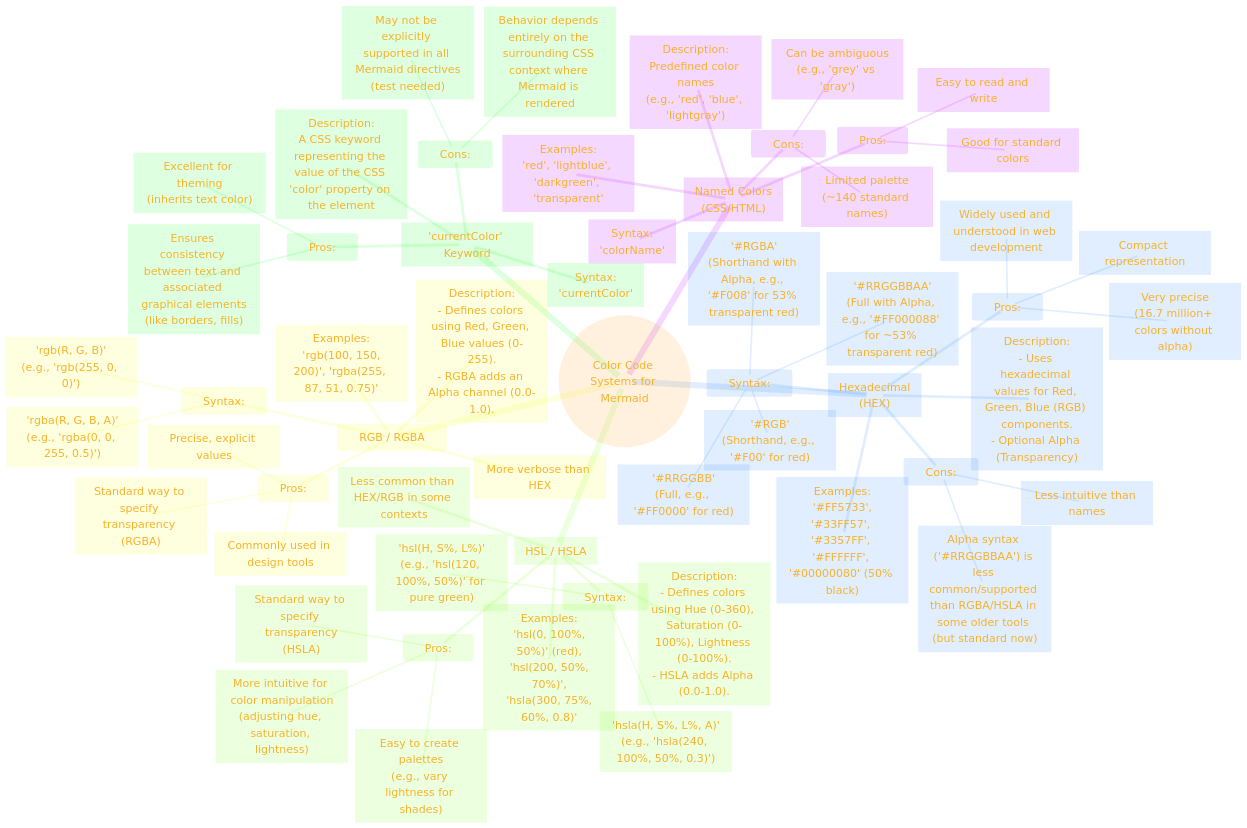
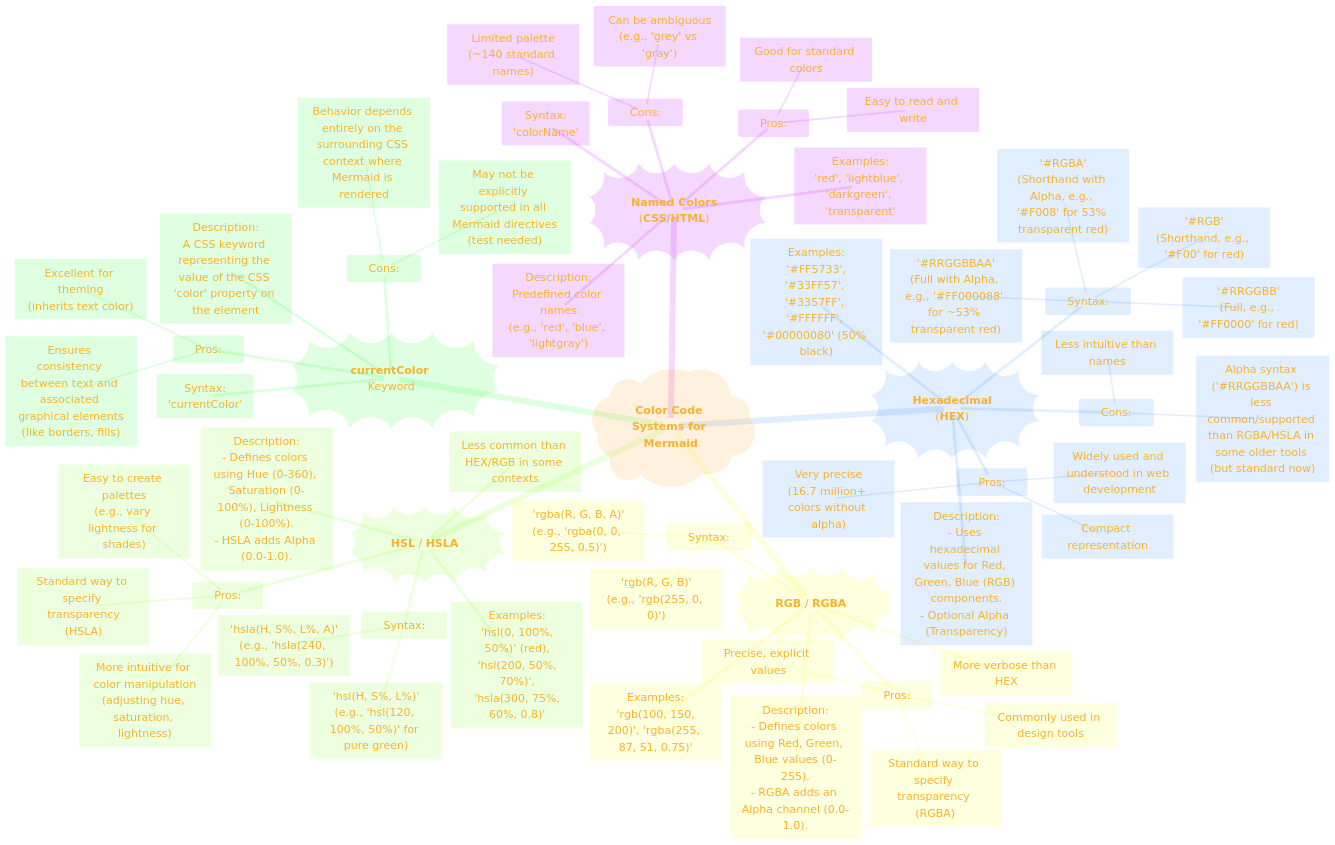
One commit to CongLeSolutionX/ArchExplorer changed the first of 4 diagrams in MERMAID_JS/Color_Code_System_Guide/Color_Code_System_Guide.md. Above: the diagram before and after it, drawn with Mermaid.

```diff
--- a/MERMAID_JS/Color_Code_System_Guide/Color_Code_System_Guide.md
+++ b/MERMAID_JS/Color_Code_System_Guide/Color_Code_System_Guide.md
@@ -69,8 +69,8 @@
   }
 }%%
 mindmap
-  root((Color Code Systems for Mermaid))
-    Named_Colors["Named Colors<br>(CSS/HTML)"]
+  root)"**Color Code Systems for Mermaid**"(
+    Named_Colors))"**Named Colors**<br>(**CSS/HTML**)"((
       ::icon(fa fa-palette)
       Description["Description:<br>Predefined color names<br>(e.g., 'red', 'blue', 'lightgray')"]
       Syntax["Syntax:<br>'colorName'"]
@@ -81,7 +81,7 @@
         Cons_1["Limited palette<br>(~140 standard names)"]
         Cons_2["Can be ambiguous<br>(e.g., 'grey' vs 'gray')"]
       Examples["Examples:<br>'red', 'lightblue', 'darkgreen', 'transparent'"]
-    Hexadecimal["Hexadecimal<br>(HEX)"]
+    Hexadecimal))"**Hexadecimal**<br>(**HEX**)"((
       ::icon(fa fa-hashtag)
       Description["Description:<br>- Uses hexadecimal values for Red, Green, Blue (RGB) components.<br>- Optional Alpha (Transparency)"]
       Syntax:
@@ -97,7 +97,7 @@
         Cons_1["Less intuitive than names"]
         Cons_2["Alpha syntax ('#RRGGBBAA') is less common/supported than RGBA/HSLA in some older tools (but standard now)"]
       Examples["Examples:<br> '#FF5733', '#33FF57', '#3357FF', '#FFFFFF', '#00000080' (50% black)"]
-    RGB / RGBA
+    RGB_RGBA))"**RGB** / **RGBA**"((
       ::icon(fa fa-paint-brush)
       Description["Description:<br>- Defines colors using Red, Green, Blue values (0-255).<br>- RGBA adds an Alpha channel (0.0-1.0)."]
       Syntax:
@@ -109,7 +109,7 @@
         Pros_3["Commonly used in design tools"]
       Cons["More verbose than HEX"]
       Examples["Examples:<br> 'rgb(100, 150, 200)', 'rgba(255, 87, 51, 0.75)'"]
-    HSL_HSLA["HSL / HSLA"]
+    HSL_HSLA))"**HSL** / **HSLA**"((
       ::icon(fa fa-adjust)
       Description["Description:<br>- Defines colors using Hue (0-360), Saturation (0-100%), Lightness (0-100%).<br>- HSLA adds Alpha (0.0-1.0)."]
       Syntax:
@@ -121,7 +121,7 @@
         Pros_3["Standard way to specify transparency<br>(HSLA)"]
       Cons["Less common than HEX/RGB in some contexts"]
       Examples["Examples:<br> 'hsl(0, 100%, 50%)' (red),<br> 'hsl(200, 50%, 70%)',<br> 'hsla(300, 75%, 60%, 0.8)'"]
-    currentColor_Keyword["'currentColor' Keyword"]
+    currentColor_Keyword))"**currentColor** Keyword"((
       ::icon(fa fa-sync-alt)
       Description["Description:<br>A CSS keyword representing the value of the CSS 'color' property on the element"]
       Syntax["Syntax:<br>'currentColor'"]
```
